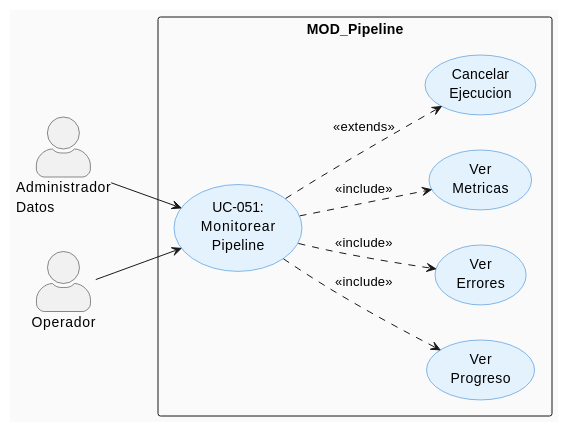
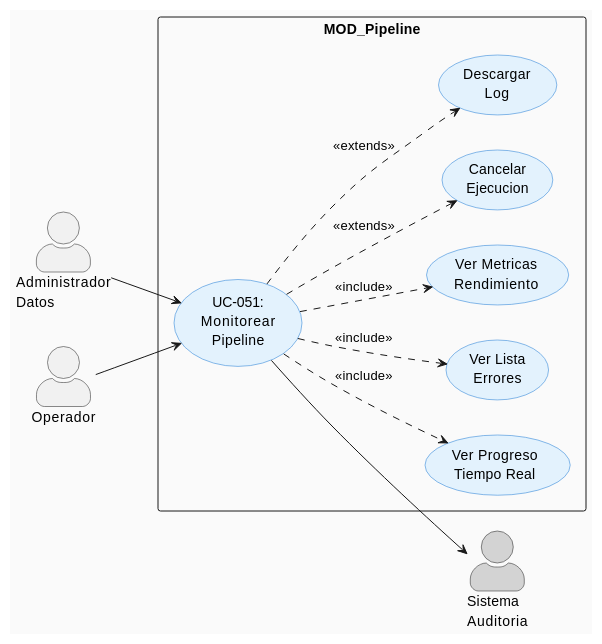
Before and after one commit to jcg-admin/IACT-docs: the first of 3 diagrams in source/requisitos/casos_uso/pipeline/UC_051_Monitorear_Pipeline.rst, drawn with PlantUML. The commit also changed other lines of this file and 4 other files, not shown here.

```diff
--- a/source/requisitos/casos_uso/pipeline/UC_051_Monitorear_Pipeline.rst
+++ b/source/requisitos/casos_uso/pipeline/UC_051_Monitorear_Pipeline.rst
@@ -62,32 +64,36 @@
 .. uml::
    :caption: Diagrama de Caso de Uso - UC-051 Monitorear Pipeline
    :align: center
    :scale: 90%
 
    @startuml
    left to right direction
    skinparam actorStyle awesome
    skinparam backgroundColor #FAFAFA
    skinparam usecase {
        BackgroundColor #E3F2FD
        BorderColor #1976D2
    }
 
    actor "Administrador\nDatos" as ADM
    actor "Operador" as OP
+   actor "Sistema\nAuditoria" as SA #LightGray
 
    rectangle "MOD_Pipeline" {
        usecase "UC-051:\nMonitorear\nPipeline" as UC051
-       usecase "Ver\nProgreso" as VP
-       usecase "Ver\nErrores" as VE
-       usecase "Ver\nMetricas" as VM
+       usecase "Ver Progreso\nTiempo Real" as VPR
+       usecase "Ver Lista\nErrores" as VLE
+       usecase "Ver Metricas\nRendimiento" as VMR
        usecase "Cancelar\nEjecucion" as CE
+       usecase "Descargar\nLog" as DL
    }
 
    ADM --> UC051
    OP --> UC051
-   UC051 ..> VP : <<include>>
-   UC051 ..> VE : <<include>>
-   UC051 ..> VM : <<include>>
+   UC051 ..> VPR : <<include>>
+   UC051 ..> VLE : <<include>>
+   UC051 ..> VMR : <<include>>
    UC051 ..> CE : <<extends>>
+   UC051 ..> DL : <<extends>>
+   UC051 --> SA
    @enduml
```
